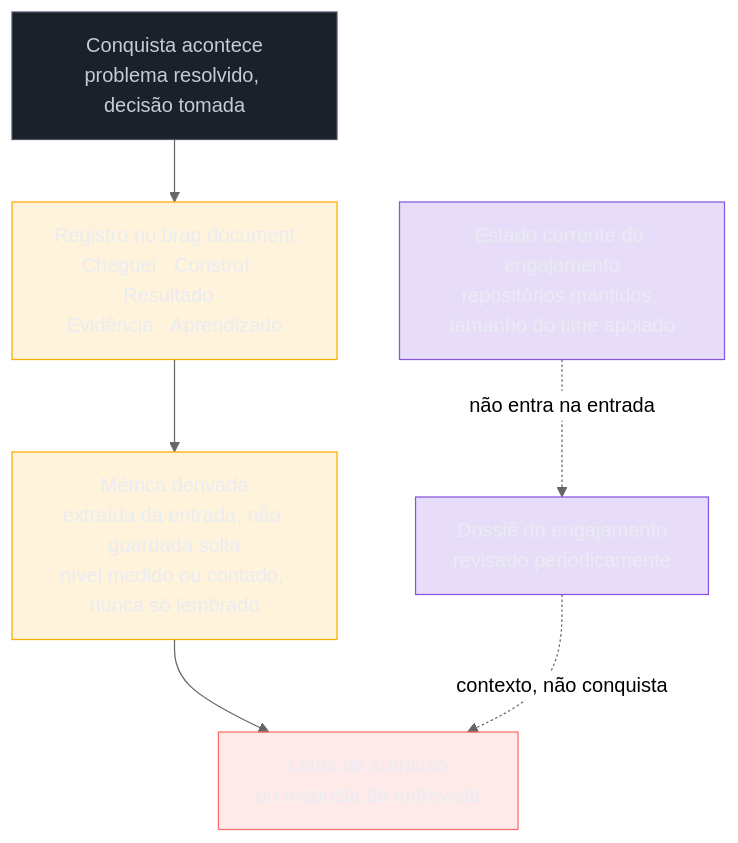
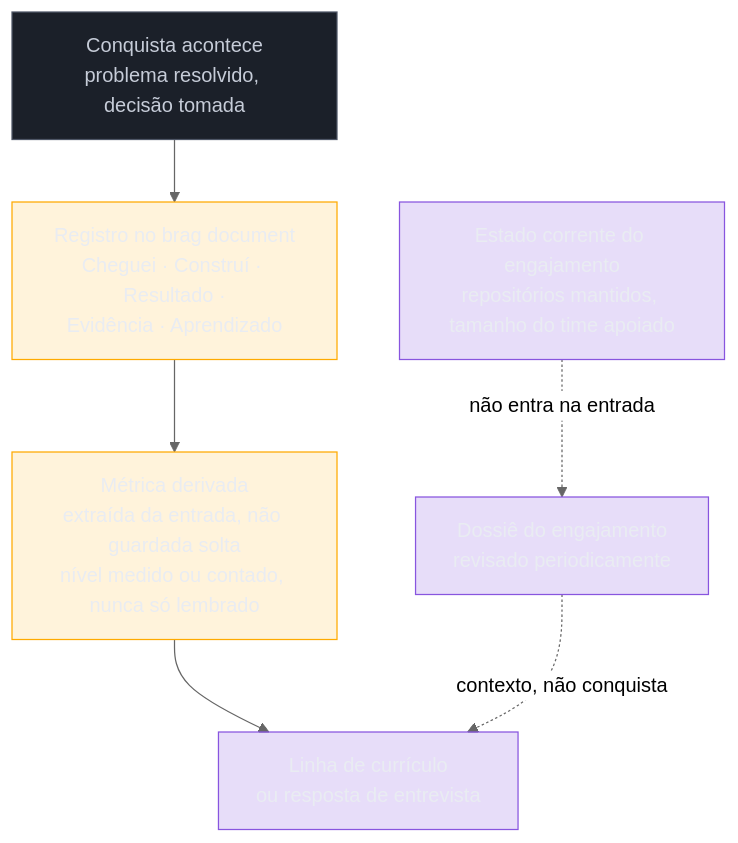
The diagram in 03-Dominios/Carreira/Currículo/21 - O brag document.md (josenaldo/codex-technomanticus), drawn with Mermaid (neutral theme) before and after one commit. The commit also changed 601 other files, not shown here.

````diff
--- a/03-Dominios/Carreira/Currículo/21 - O brag document.md
+++ b/03-Dominios/Carreira/Currículo/21 - O brag document.md
@@ -110,23 +110,22 @@
 ```mermaid
 flowchart TD
     classDef neutro fill:#1B2029,stroke:#4E5666,color:#C6CCD8
     classDef destaque fill:#FFAA0024,stroke:#FFAA00,color:#E9ECF2
-    classDef falha fill:#FF6B6B24,stroke:#FF6B6B,color:#E9ECF2
     classDef marca fill:#8855DF33,stroke:#8855DF,color:#E9ECF2
     Evento["Conquista acontece<br/>problema resolvido, decisão tomada"] --> Registro["Registro no brag document<br/>Cheguei · Construí · Resultado ·<br/>Evidência · Aprendizado"]
 
     Registro --> Deriv["Métrica derivada<br/>extraída da entrada, não guardada solta<br/>nível medido ou contado, nunca só lembrado"]
 
     Deriv --> CV["Linha de currículo<br/>ou resposta de entrevista"]
 
     Escopo["Estado corrente do engajamento<br/>repositórios mantidos, tamanho do time apoiado"] -.não entra na entrada.-> Dossie["Dossiê do engajamento<br/>revisado periodicamente"]
 
     Dossie -.contexto, não conquista.-> CV
 
     class Evento neutro
     class Registro destaque
     class Deriv destaque
-    class CV falha
+    class CV marca
     class Escopo marca
     class Dossie marca
 ```
````
